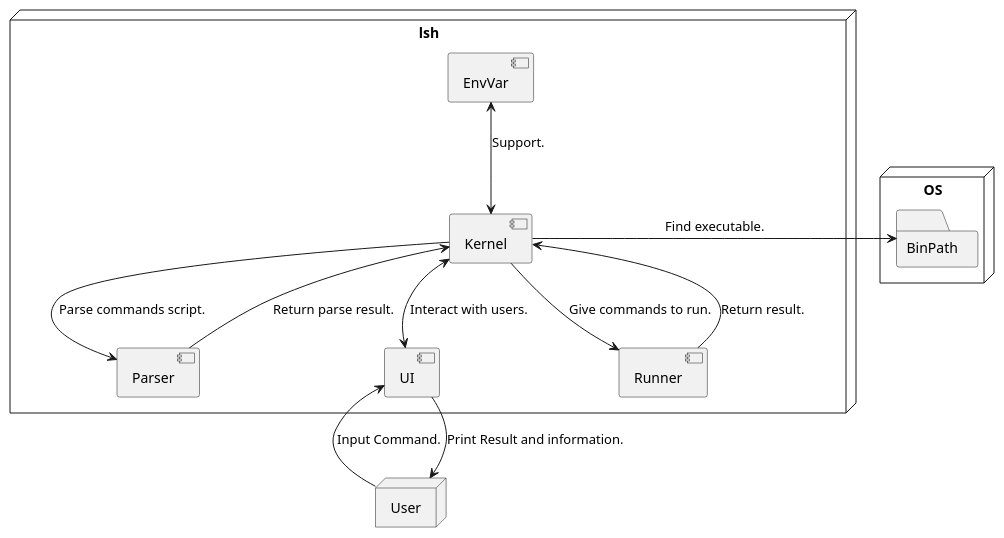
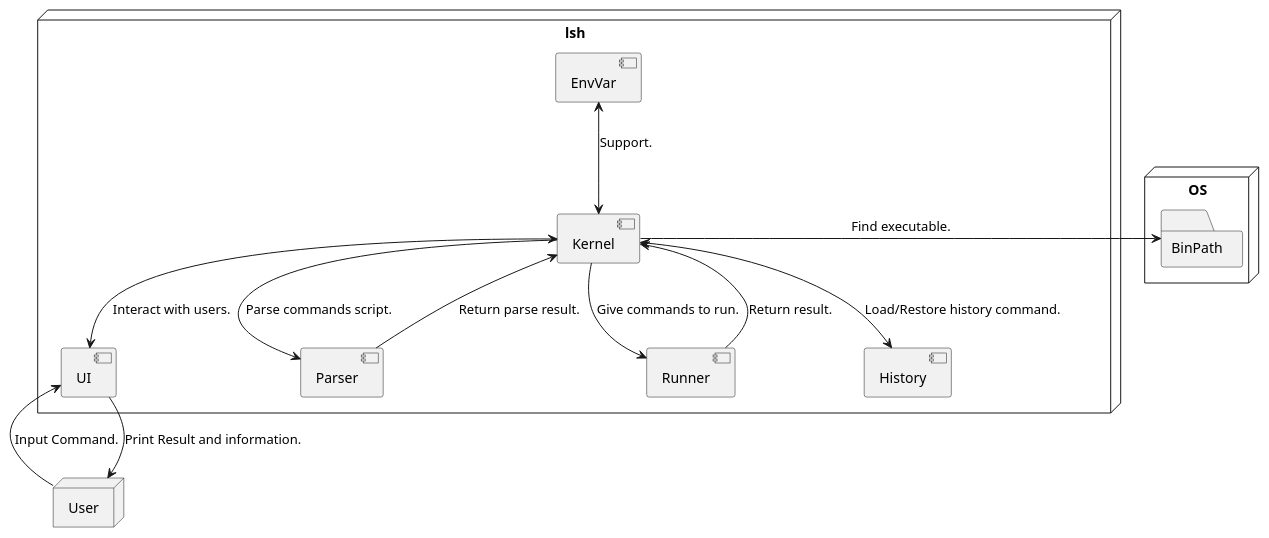
One commit to ipChrisLee/BJTU_OS_Projects changed the diagram in lee_shell/docs/lsh.puml. Above: the diagram before and after it, drawn with PlantUML. The commit also changed 7 other files, not shown here.

```diff
--- a/lee_shell/docs/lsh.puml
+++ b/lee_shell/docs/lsh.puml
@@ -1,26 +1,27 @@
 @startuml
 'https://plantuml.com/component-diagram
 
 node "lsh"{
 	[Kernel] <--> [UI] : Interact with users.
 	[Kernel] -> [Parser] : Parse commands script.
 	[Parser] --> [Kernel] : Return parse result.
 	[EnvVar] <--> [Kernel] : Support.
 	[Kernel] -> [Runner] : Give commands to run.
 	[Runner] --> [Kernel] : Return result.
+	[Kernel] <--> [History] : Load/Restore history command.
 }
 node "User"{
 	User --> [UI] : Input Command.
 	[UI] --> User : Print Result and information.
 }
 node "OS" {
 	folder BinPath
 	[Kernel] -> BinPath : Find executable.
 }
 
 
 
 
 
 
 @enduml
```
